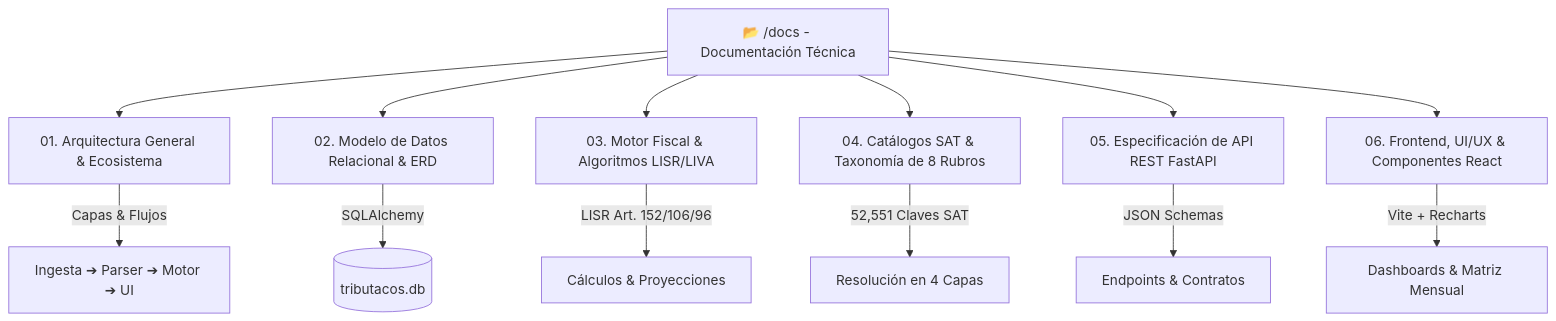
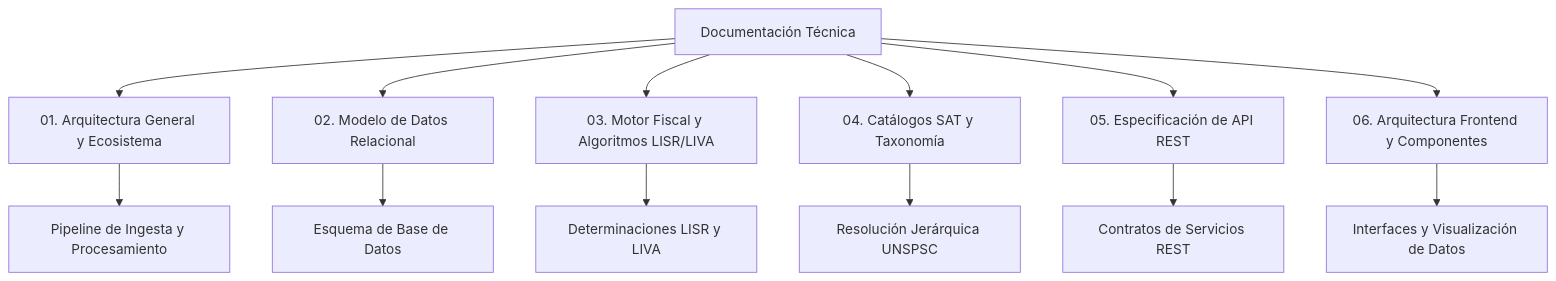
Before and after one commit to shellaquiles/tribuTACOS: the diagram in docs/README.md, drawn with Mermaid. The commit also changed other lines of this file and 10 other files, not shown here.

````diff
--- a/docs/README.md
+++ b/docs/README.md
@@ -11,16 +11,16 @@
 ```mermaid
 graph TD
-    Root[📂 /docs - Documentación Técnica] --> Arch[01. Arquitectura General & Ecosistema]
-    Root --> Data[02. Modelo de Datos Relacional & ERD]
-    Root --> Fiscal[03. Motor Fiscal & Algoritmos LISR/LIVA]
-    Root --> Cat[04. Catálogos SAT & Taxonomía de 8 Rubros]
-    Root --> API[05. Especificación de API REST FastAPI]
-    Root --> Front[06. Frontend, UI/UX & Componentes React]
+    Root[Documentación Técnica] --> Arch[01. Arquitectura General y Ecosistema]
+    Root --> Data[02. Modelo de Datos Relacional]
+    Root --> Fiscal[03. Motor Fiscal y Algoritmos LISR/LIVA]
+    Root --> Cat[04. Catálogos SAT y Taxonomía]
+    Root --> API[05. Especificación de API REST]
+    Root --> Front[06. Arquitectura Frontend y Componentes]
 
-    Arch --> |Capas & Flujos| Flow[Ingesta ➔ Parser ➔ Motor ➔ UI]
-    Data --> |SQLAlchemy| DB[(tributacos.db)]
-    Fiscal --> |LISR Art. 152/106/96| Calcs[Cálculos & Proyecciones]
-    Cat --> |52,551 Claves SAT| UNSPSC[Resolución en 4 Capas]
-    API --> |JSON Schemas| Endpoints[Endpoints & Contratos]
-    Front --> |Vite + Recharts| UI[Dashboards & Matriz Mensual]
+    Arch --> Flow[Pipeline de Ingesta y Procesamiento]
+    Data --> DB[Esquema de Base de Datos]
+    Fiscal --> Calcs[Determinaciones LISR y LIVA]
+    Cat --> UNSPSC[Resolución Jerárquica UNSPSC]
+    API --> Endpoints[Contratos de Servicios REST]
+    Front --> UI[Interfaces y Visualización de Datos]
 ```
````
